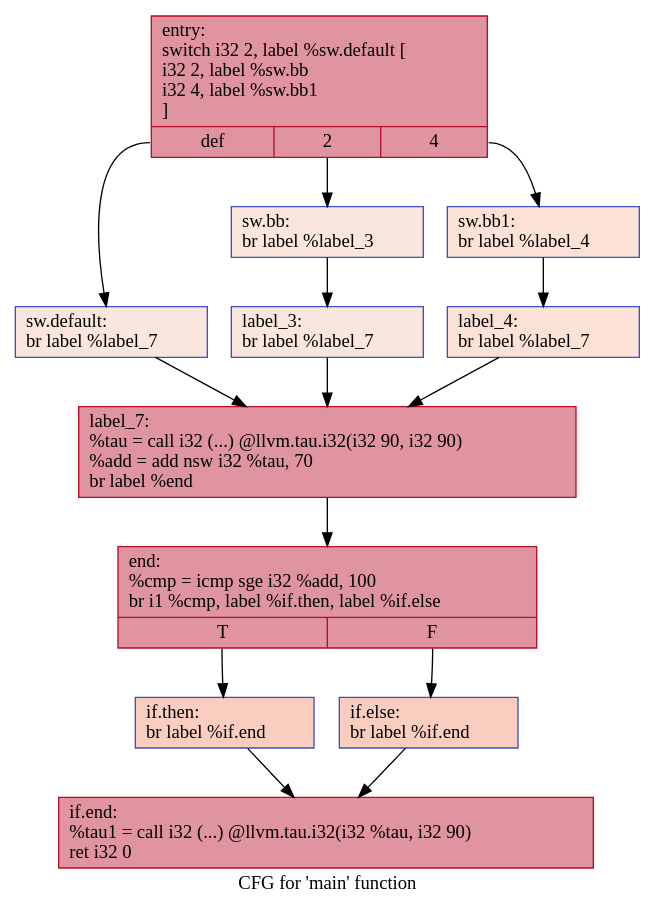
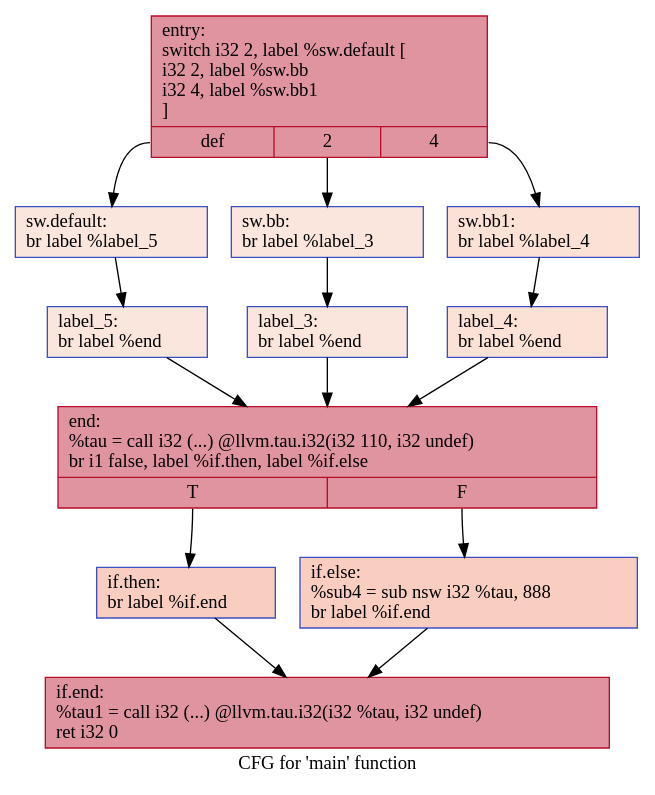
Before and after one commit to HPSSA-LLVM/HPSSA-LLVM: the diagram in IR/cfg/SCCP_HPSSA.dot, drawn with Graphviz. The commit also changed 24 other files, not shown here.

```diff
--- a/IR/cfg/SCCP_HPSSA.dot
+++ b/IR/cfg/SCCP_HPSSA.dot
@@ -1,28 +1,28 @@
 digraph "CFG for 'main' function" {
 	label="CFG for 'main' function";
 
-	Node0x558cc896c820 [shape=record,color="#b70d28ff", style=filled, fillcolor="#b70d2870",label="{entry:\l  switch i32 2, label %sw.default [\l    i32 2, label %sw.bb\l    i32 4, label %sw.bb1\l  ]\l|{<s0>def|<s1>2|<s2>4}}"];
-	Node0x558cc896c820:s0 -> Node0x558cc896c950;
-	Node0x558cc896c820:s1 -> Node0x558cc896c9d0;
-	Node0x558cc896c820:s2 -> Node0x558cc896ca70;
-	Node0x558cc896c9d0 [shape=record,color="#3d50c3ff", style=filled, fillcolor="#f3c7b170",label="{sw.bb:                                            \l  br label %label_3\l}"];
-	Node0x558cc896c9d0 -> Node0x558cc896cc00;
-	Node0x558cc896ca70 [shape=record,color="#3d50c3ff", style=filled, fillcolor="#f7bca170",label="{sw.bb1:                                           \l  br label %label_4\l}"];
-	Node0x558cc896ca70 -> Node0x558cc896cce0;
-	Node0x558cc896c950 [shape=record,color="#3d50c3ff", style=filled, fillcolor="#f3c7b170",label="{sw.default:                                       \l  br label %label_7\l}"];
-	Node0x558cc896c950 -> Node0x558cc896cdc0;
-	Node0x558cc896cc00 [shape=record,color="#3d50c3ff", style=filled, fillcolor="#f3c7b170",label="{label_3:                                          \l  br label %label_7\l}"];
-	Node0x558cc896cc00 -> Node0x558cc896cdc0;
-	Node0x558cc896cce0 [shape=record,color="#3d50c3ff", style=filled, fillcolor="#f7bca170",label="{label_4:                                          \l  br label %label_7\l}"];
-	Node0x558cc896cce0 -> Node0x558cc896cdc0;
-	Node0x558cc896cdc0 [shape=record,color="#b70d28ff", style=filled, fillcolor="#b70d2870",label="{label_7:                                          \l  %tau = call i32 (...) @llvm.tau.i32(i32 90, i32 90)\l  %add = add nsw i32 %tau, 70\l  br label %end\l}"];
-	Node0x558cc896cdc0 -> Node0x558cc896d280;
-	Node0x558cc896d280 [shape=record,color="#b70d28ff", style=filled, fillcolor="#b70d2870",label="{end:                                              \l  %cmp = icmp sge i32 %add, 100\l  br i1 %cmp, label %if.then, label %if.else\l|{<s0>T|<s1>F}}"];
-	Node0x558cc896d280:s0 -> Node0x558cc896d440;
-	Node0x558cc896d280:s1 -> Node0x558cc896d4b0;
-	Node0x558cc896d440 [shape=record,color="#3d50c3ff", style=filled, fillcolor="#f2907270",label="{if.then:                                          \l  br label %if.end\l}"];
-	Node0x558cc896d440 -> Node0x558cc896d770;
-	Node0x558cc896d4b0 [shape=record,color="#3d50c3ff", style=filled, fillcolor="#f2907270",label="{if.else:                                          \l  br label %if.end\l}"];
-	Node0x558cc896d4b0 -> Node0x558cc896d770;
-	Node0x558cc896d770 [shape=record,color="#b70d28ff", style=filled, fillcolor="#b70d2870",label="{if.end:                                           \l  %tau1 = call i32 (...) @llvm.tau.i32(i32 %tau, i32 90)\l  ret i32 0\l}"];
+	Node0x55d8549ee800 [shape=record,color="#b70d28ff", style=filled, fillcolor="#b70d2870",label="{entry:\l  switch i32 2, label %sw.default [\l    i32 2, label %sw.bb\l    i32 4, label %sw.bb1\l  ]\l|{<s0>def|<s1>2|<s2>4}}"];
+	Node0x55d8549ee800:s0 -> Node0x55d8549ee930;
+	Node0x55d8549ee800:s1 -> Node0x55d8549ee9b0;
+	Node0x55d8549ee800:s2 -> Node0x55d8549eea50;
+	Node0x55d8549ee9b0 [shape=record,color="#3d50c3ff", style=filled, fillcolor="#f3c7b170",label="{sw.bb:                                            \l  br label %label_3\l}"];
+	Node0x55d8549ee9b0 -> Node0x55d8549eebe0;
+	Node0x55d8549eea50 [shape=record,color="#3d50c3ff", style=filled, fillcolor="#f7bca170",label="{sw.bb1:                                           \l  br label %label_4\l}"];
+	Node0x55d8549eea50 -> Node0x55d8549eecc0;
+	Node0x55d8549ee930 [shape=record,color="#3d50c3ff", style=filled, fillcolor="#f3c7b170",label="{sw.default:                                       \l  br label %label_5\l}"];
+	Node0x55d8549ee930 -> Node0x55d8549eeda0;
+	Node0x55d8549eebe0 [shape=record,color="#3d50c3ff", style=filled, fillcolor="#f3c7b170",label="{label_3:                                          \l  br label %end\l}"];
+	Node0x55d8549eebe0 -> Node0x55d8549eee80;
+	Node0x55d8549eecc0 [shape=record,color="#3d50c3ff", style=filled, fillcolor="#f7bca170",label="{label_4:                                          \l  br label %end\l}"];
+	Node0x55d8549eecc0 -> Node0x55d8549eee80;
+	Node0x55d8549eeda0 [shape=record,color="#3d50c3ff", style=filled, fillcolor="#f3c7b170",label="{label_5:                                          \l  br label %end\l}"];
+	Node0x55d8549eeda0 -> Node0x55d8549eee80;
+	Node0x55d8549eee80 [shape=record,color="#b70d28ff", style=filled, fillcolor="#b70d2870",label="{end:                                              \l  %tau = call i32 (...) @llvm.tau.i32(i32 110, i32 undef)\l  br i1 false, label %if.then, label %if.else\l|{<s0>T|<s1>F}}"];
+	Node0x55d8549eee80:s0 -> Node0x55d8549ef6c0;
+	Node0x55d8549eee80:s1 -> Node0x55d8549ef730;
+	Node0x55d8549ef6c0 [shape=record,color="#3d50c3ff", style=filled, fillcolor="#f2907270",label="{if.then:                                          \l  br label %if.end\l}"];
+	Node0x55d8549ef6c0 -> Node0x55d8549ef850;
+	Node0x55d8549ef730 [shape=record,color="#3d50c3ff", style=filled, fillcolor="#f2907270",label="{if.else:                                          \l  %sub4 = sub nsw i32 %tau, 888\l  br label %if.end\l}"];
+	Node0x55d8549ef730 -> Node0x55d8549ef850;
+	Node0x55d8549ef850 [shape=record,color="#b70d28ff", style=filled, fillcolor="#b70d2870",label="{if.end:                                           \l  %tau1 = call i32 (...) @llvm.tau.i32(i32 %tau, i32 undef)\l  ret i32 0\l}"];
 }
```
